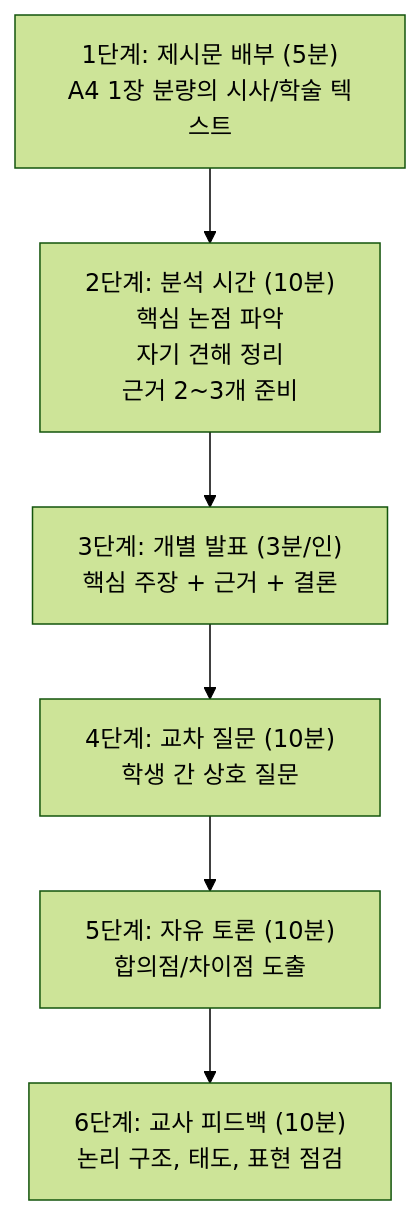
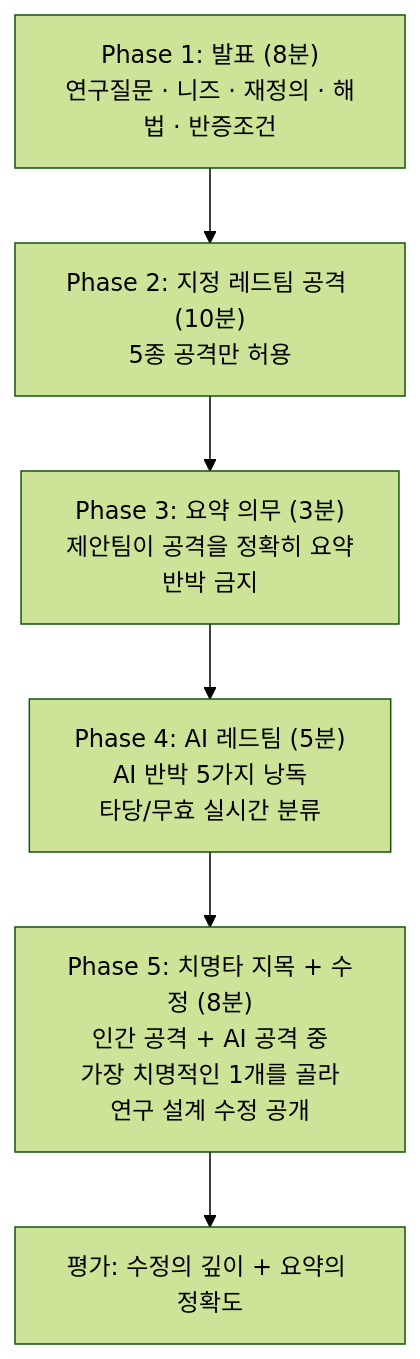
The third of 4 diagrams in 아이디어/독서토론_고등과정_실전운영_매뉴얼.md (Collegenie-X/ReadingClueProject), drawn with Mermaid (forest theme) before and after one commit. The commit also changed other lines of this file and 7 other files, not shown here.

````diff
--- a/아이디어/독서토론_고등과정_실전운영_매뉴얼.md
+++ b/아이디어/독서토론_고등과정_실전운영_매뉴얼.md
@@ -380,9 +274,9 @@
 ```mermaid
 flowchart TD
-    A["1단계: 제시문 배부 (5분)<br/>A4 1장 분량의 시사/학술 텍스트"]
-    --> B["2단계: 분석 시간 (10분)<br/>핵심 논점 파악<br/>자기 견해 정리<br/>근거 2~3개 준비"]
-    --> C["3단계: 개별 발표 (3분/인)<br/>핵심 주장 + 근거 + 결론"]
-    --> D["4단계: 교차 질문 (10분)<br/>학생 간 상호 질문"]
-    --> E["5단계: 자유 토론 (10분)<br/>합의점/차이점 도출"]
-    --> F["6단계: 교사 피드백 (10분)<br/>논리 구조, 태도, 표현 점검"]
+    A["Phase 1: 발표 (8분)<br/>연구질문 · 니즈 · 재정의 · 해법 · 반증조건"]
+    --> B["Phase 2: 지정 레드팀 공격 (10분)<br/>5종 공격만 허용"]
+    --> C["Phase 3: 요약 의무 (3분)<br/>제안팀이 공격을 정확히 요약<br/>반박 금지"]
+    --> D["Phase 4: AI 레드팀 (5분)<br/>AI 반박 5가지 낭독<br/>타당/무효 실시간 분류"]
+    --> E["Phase 5: 치명타 지목 + 수정 (8분)<br/>인간 공격 + AI 공격 중<br/>가장 치명적인 1개를 골라<br/>연구 설계 수정 공개"]
+    --> F["평가: 수정의 깊이 + 요약의 정확도"]
 ```
````
